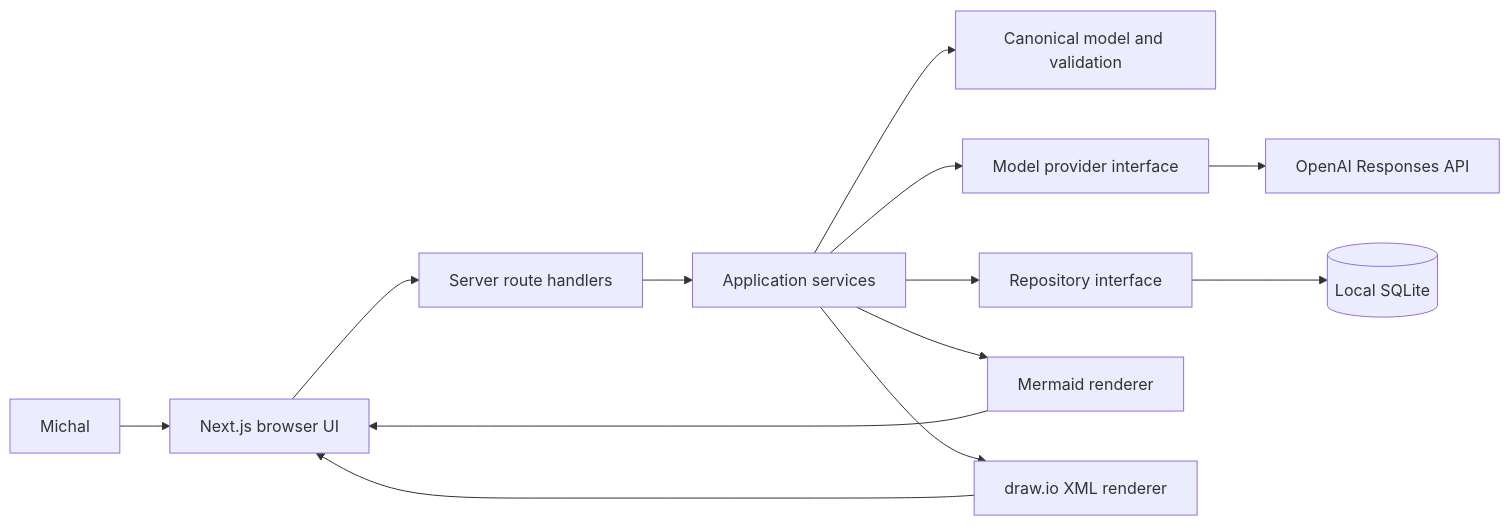
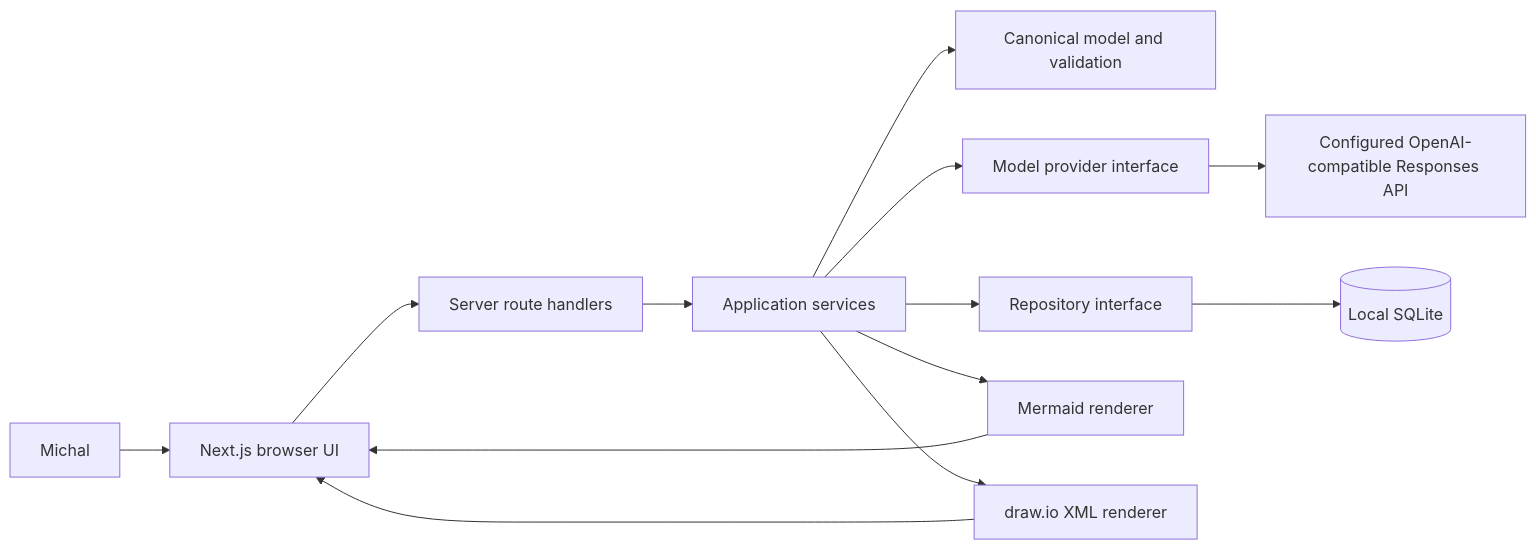
Before and after one commit to MikeS071/data-model-agent: the first of 2 diagrams in docs/features/data-model-agent/design.md, drawn with Mermaid. The commit also changed other lines of this file and 1 other file, not shown here.

Commit message:
docs: accept provider and workspace settings design

````diff
--- a/docs/features/data-model-agent/design.md
+++ b/docs/features/data-model-agent/design.md
@@ -89,15 +98,15 @@
 ```mermaid
 flowchart LR
   Michal[Michal] --> UI[Next.js browser UI]
   UI --> Routes[Server route handlers]
   Routes --> Service[Application services]
   Service --> Domain[Canonical model and validation]
   Service --> Provider[Model provider interface]
-  Provider --> OpenAI[OpenAI Responses API]
+  Provider --> Compatible[Configured OpenAI-compatible Responses API]
   Service --> Repo[Repository interface]
   Repo --> SQLite[(Local SQLite)]
   Service --> Mermaid[Mermaid renderer]
   Service --> Drawio[draw.io XML renderer]
   Mermaid --> UI
   Drawio --> UI
 ```
````
